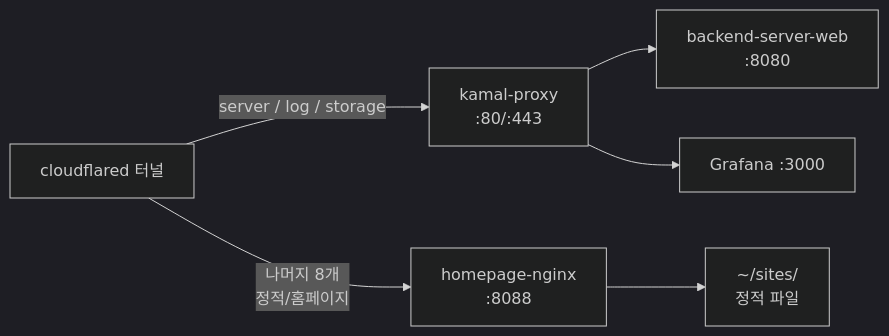
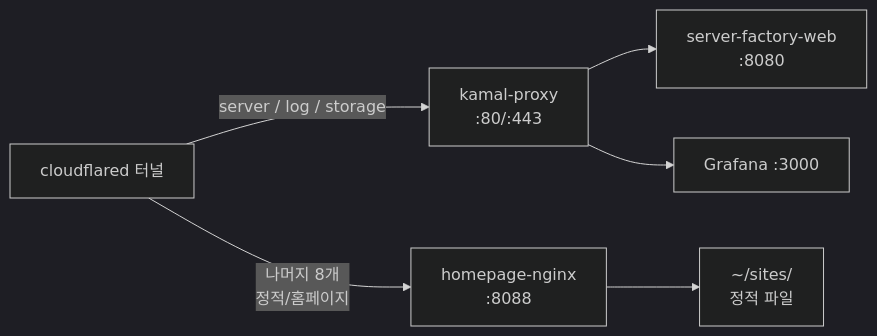
One commit to storkspear/docs-infra-homeserver changed the diagram in docs/dns-list.md. Above: the diagram before and after it, drawn with Mermaid (dark theme). The commit also changed other lines of this file and 6 other files, not shown here.

````diff
--- a/docs/dns-list.md
+++ b/docs/dns-list.md
@@ -52,8 +52,8 @@
 ```mermaid
 flowchart LR
   CF[cloudflared 터널] -->|server / log / storage| KAMAL[kamal-proxy<br/>:80/:443]
   CF -->|나머지 8개<br/>정적/홈페이지| NGINX[homepage-nginx<br/>:8088]
-  KAMAL --> BE[backend-server-web<br/>:8080]
+  KAMAL --> BE[server-factory-web<br/>:8080]
   KAMAL --> GRAFANA[Grafana :3000]
   NGINX --> SITES[~/sites/<br/>정적 파일]
 ```
````
